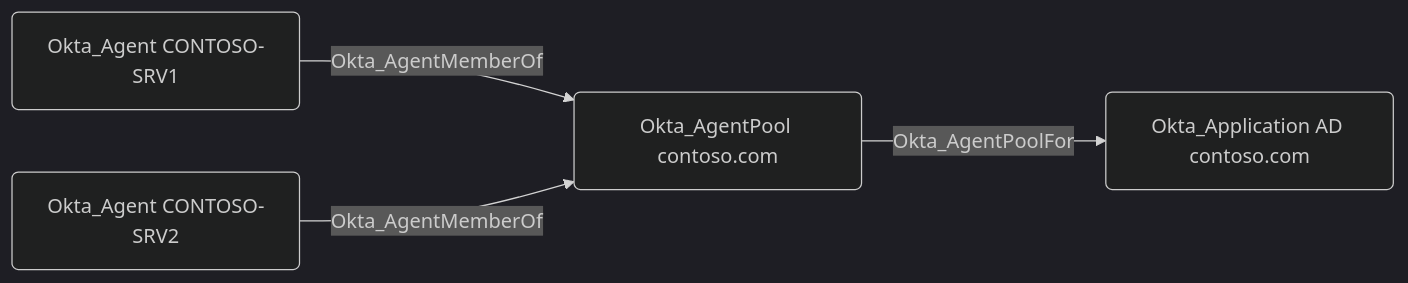
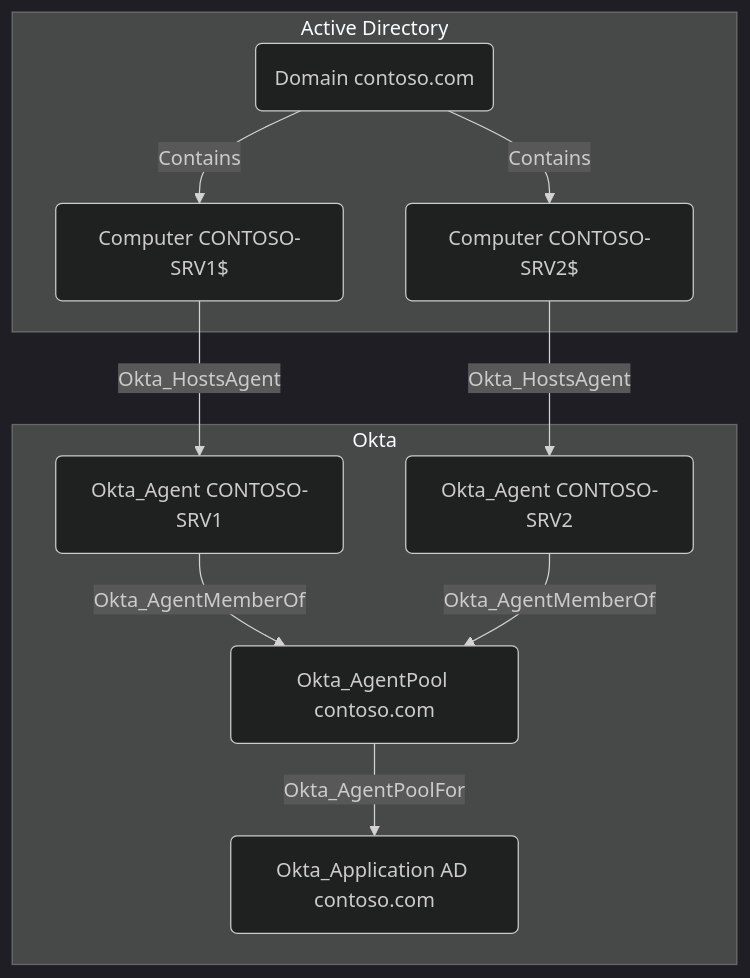
Before and after one commit to SpecterOps/bloodhound-docs: the diagram in docs/opengraph/extensions/oktahound/reference/edges/okta_agentpoolfor.mdx, drawn with Mermaid (dark theme). The commit also changed 1 other file, not shown here.

Commit message:
add diagrams to okta edges

````diff
--- a/docs/opengraph/extensions/oktahound/reference/edges/okta_agentpoolfor.mdx
+++ b/docs/opengraph/extensions/oktahound/reference/edges/okta_agentpoolfor.mdx
@@ -18,10 +17,23 @@
 ```mermaid
-graph LR
-    ap1("Okta_AgentPool contoso.com")
-    a1("Okta_Agent CONTOSO-SRV1")
-    a2("Okta_Agent CONTOSO-SRV2")
-    app1("Okta_Application AD contoso.com")
-    a1 -- Okta_AgentMemberOf --> ap1
-    a2 -- Okta_AgentMemberOf --> ap1
-    ap1 -- Okta_AgentPoolFor --> app1
+graph TB
+    subgraph Active Directory
+        d1("Domain contoso.com")
+        c1("Computer CONTOSO-SRV1$")
+        c2("Computer CONTOSO-SRV2$")
+        d1 -- Contains --> c1
+        d1 -- Contains --> c2
+    end
+
+    subgraph Okta
+        ap1("Okta_AgentPool contoso.com")
+        a1("Okta_Agent CONTOSO-SRV1")
+        a2("Okta_Agent CONTOSO-SRV2")
+        app1("Okta_Application AD contoso.com")
+        a1 -- Okta_AgentMemberOf --> ap1
+        a2 -- Okta_AgentMemberOf --> ap1
+        ap1 -- Okta_AgentPoolFor --> app1
+    end
+
+    c1 -- Okta_HostsAgent --> a1
+    c2 -- Okta_HostsAgent --> a2
 ```
````
